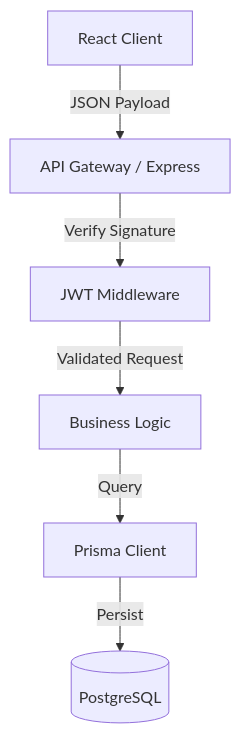
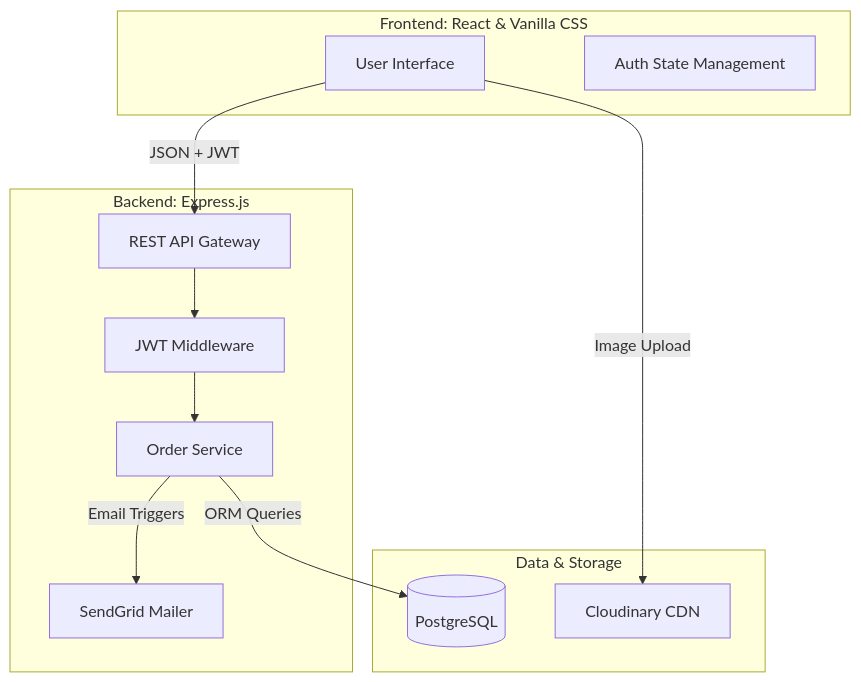
The first of 2 diagrams in README.md (RanaVinit/UniCart), drawn with Mermaid before and after one commit. The commit also changed other lines of this file and 3 other files, not shown here.

````diff
--- a/README.md
+++ b/README.md
@@ -21,8 +14,26 @@
 ```mermaid
 graph TD
-    Client[React Client] -->|JSON Payload| Gateway[API Gateway / Express]
-    Gateway -->|Verify Signature| Auth[JWT Middleware]
-    Auth -->|Validated Request| Controller[Business Logic]
-    Controller -->|Query| ORM[Prisma Client]
-    ORM -->|Persist| DB[(PostgreSQL)]
+    subgraph Client_Layer [Frontend: React & Vanilla CSS]
+        UI[User Interface]
+        State[Auth State Management]
+    end
+
+    subgraph Service_Layer [Backend: Express.js]
+        API[REST API Gateway]
+        Auth[JWT Middleware]
+        OrderSvc[Order Service]
+        MailSvc[SendGrid Mailer]
+    end
+
+    subgraph Persistence_Layer [Data & Storage]
+        DB[(PostgreSQL)]
+        Cloud[Cloudinary CDN]
+    end
+
+    UI -->|JSON + JWT| API
+    API --> Auth
+    Auth --> OrderSvc
+    OrderSvc -->|ORM Queries| DB
+    OrderSvc -->|Email Triggers| MailSvc
+    UI -->|Image Upload| Cloud
 ```
````
